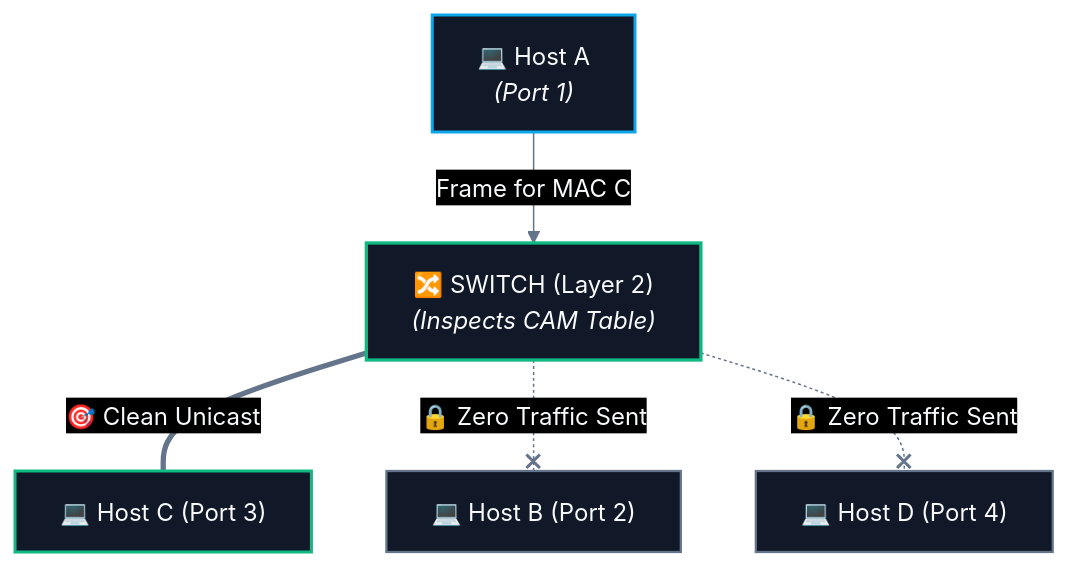
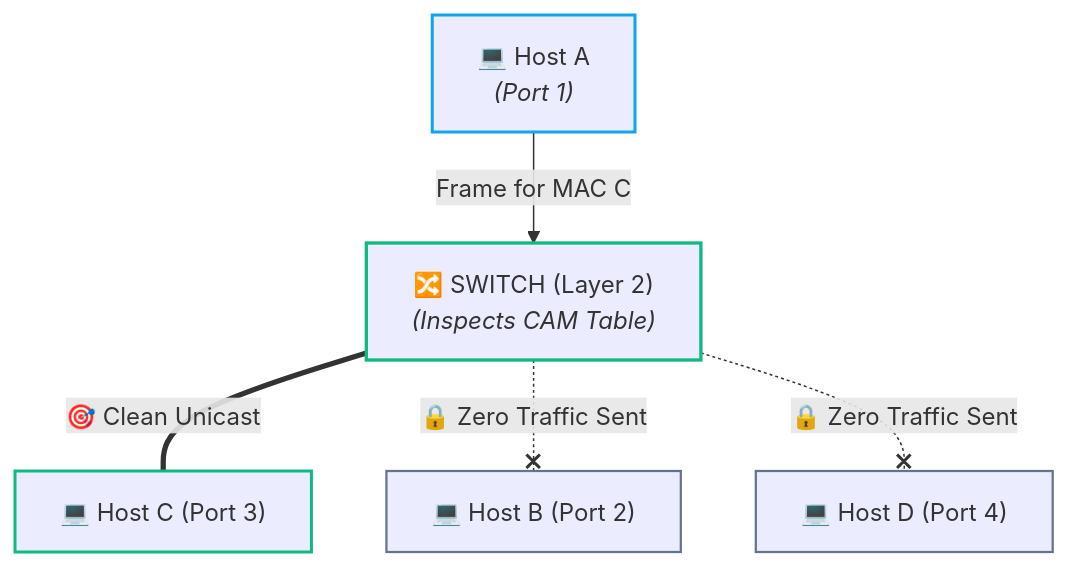
One commit to abhinavbharti2345/CS_Notes changed the second of 5 diagrams in CS/Computer Networking/01. Architecture & Fundamentals/05. Network Hardware - Hub, Switch, Router, Modem.md. Above: the diagram before and after it, drawn with Mermaid. The commit also changed other lines of this file and 91 other files, not shown here.

````diff
--- a/CS/Computer Networking/01. Architecture & Fundamentals/05. Network Hardware - Hub, Switch, Router, Modem.md
+++ b/CS/Computer Networking/01. Architecture & Fundamentals/05. Network Hardware - Hub, Switch, Router, Modem.md
@@ -65,18 +64,17 @@
 ```mermaid
-%%{init: {'theme': 'base', 'themeVariables': { 'darkMode': true, 'background': '#0B0F14', 'mainBkg': '#111827', 'primaryColor': '#111827', 'primaryTextColor': '#F8FAFC', 'primaryBorderColor': '#38BDF8', 'lineColor': '#64748B', 'secondaryColor': '#0B0F14', 'tertiaryColor': '#0B0F14', 'clusterBkg': '#0B0F14', 'clusterBorder': '#38BDF8' }}}%%
 flowchart TD
     HostA2["💻 Host A<br><i>(Port 1)</i>"] -->|"Frame for MAC C"| Switch["🔀 SWITCH (Layer 2)<br><i>(Inspects CAM Table)</i>"]
     Switch ===|"🎯 Clean Unicast"| HostC2["💻 Host C (Port 3)"]
     Switch -.-x|"🔒 Zero Traffic Sent"| HostB2["💻 Host B (Port 2)"]
     Switch -.-x|"🔒 Zero Traffic Sent"| HostD2["💻 Host D (Port 4)"]
 
-    classDef sender fill:#111827,stroke:#0ea5e9,stroke-width:2px,color:#F8FAFC;
-    classDef sw fill:#111827,stroke:#10b981,stroke-width:2.2px,color:#F8FAFC;
-    classDef target fill:#111827,stroke:#10b981,stroke-width:2px,color:#F8FAFC;
-    classDef silent fill:#111827,stroke:#64748b,stroke-width:1.5px,color:#F8FAFC;
+    classDef sender stroke:#0ea5e9,stroke-width:2px;
+    classDef sw stroke:#10b981,stroke-width:2.2px;
+    classDef target stroke:#10b981,stroke-width:2px;
+    classDef silent stroke:#64748b,stroke-width:1.5px;
 
     class HostA2 sender;
     class Switch sw;
     class HostC2 target;
     class HostB2,HostD2 silent;
 ```
````
